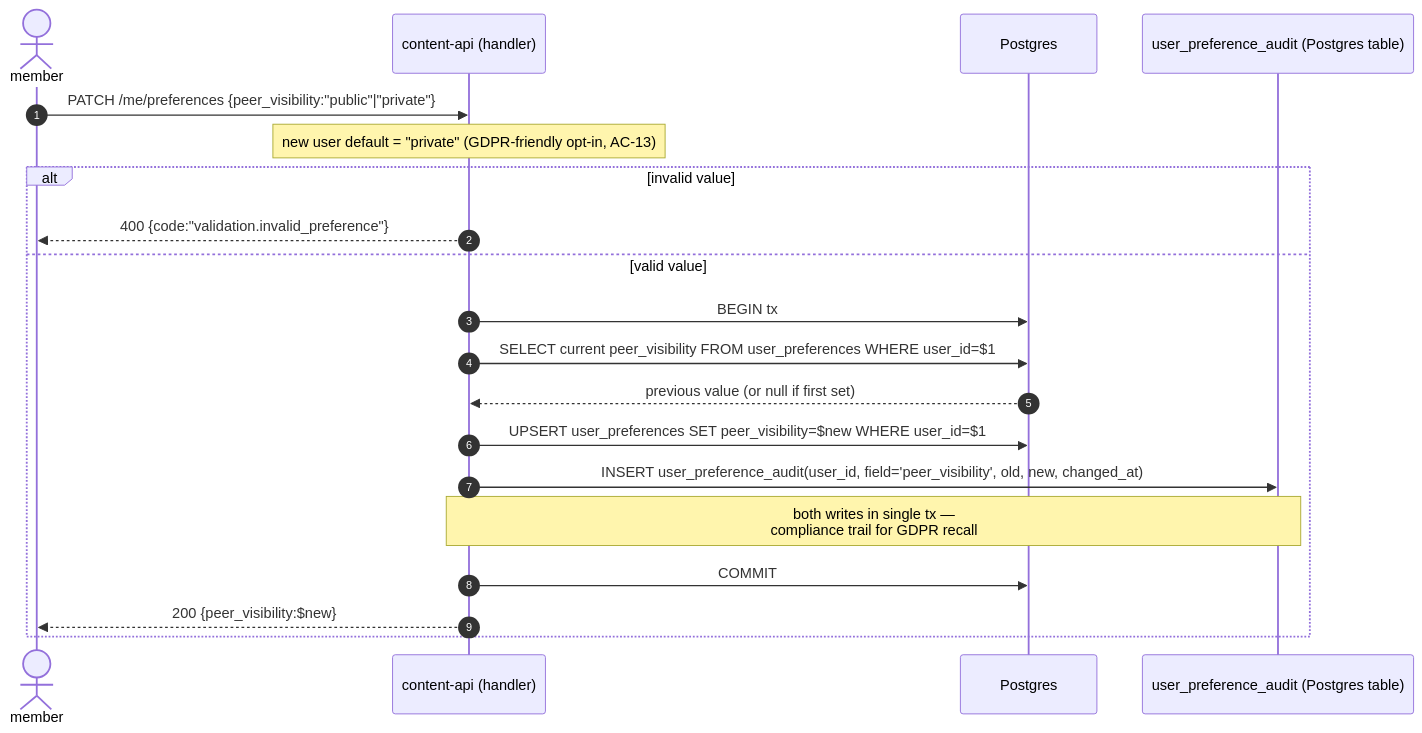
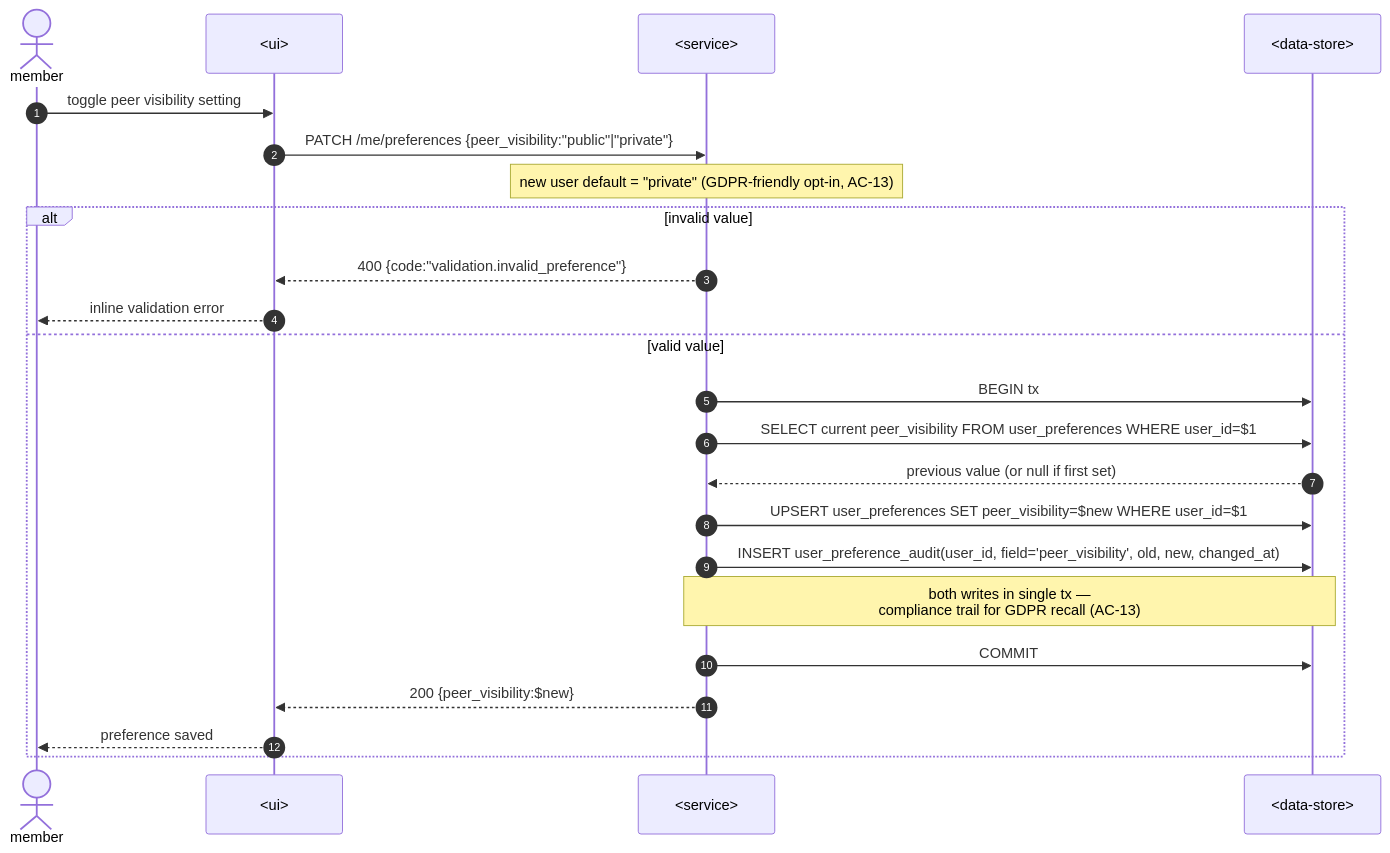
One commit to genkovich/agentic-engineering-course-public changed the ninth of 13 diagrams in modules/6-sdlc/sdlc/examples/course-lesson-mvp/sad.md. Above: the diagram before and after it, drawn with Mermaid. The commit also changed other lines of this file and 139 other files, not shown here.

First line of the commit message:
sdlc: синк плагіна до v4.5.1 (21 skill, agents, map-architecture)

````diff
--- a/modules/6-sdlc/sdlc/examples/course-lesson-mvp/sad.md
+++ b/modules/6-sdlc/sdlc/examples/course-lesson-mvp/sad.md
@@ -377,24 +421,26 @@
 ```mermaid
 sequenceDiagram
     autonumber
     actor U as member
-    participant API as content-api (handler)
-    participant DB as Postgres
-    participant AUD as user_preference_audit (Postgres table)
+    participant UI as <ui>
+    participant SVC as <service>
+    participant DS as <data-store>
 
-    %% TODO: align with openapi.yaml — PATCH /me/preferences not yet in contract
-    U->>API: PATCH /me/preferences {peer_visibility:"public"|"private"}
-    Note over API: new user default = "private" (GDPR-friendly opt-in, AC-13)
+    U->>UI: toggle peer visibility setting
+    UI->>SVC: PATCH /me/preferences {peer_visibility:"public"|"private"}
+    Note over SVC: new user default = "private" (GDPR-friendly opt-in, AC-13)
     alt invalid value
-        API-->>U: 400 {code:"validation.invalid_preference"}
+        SVC-->>UI: 400 {code:"validation.invalid_preference"}
+        UI-->>U: inline validation error
     else valid value
-        API->>DB: BEGIN tx
-        API->>DB: SELECT current peer_visibility FROM user_preferences WHERE user_id=$1
-        DB-->>API: previous value (or null if first set)
-        API->>DB: UPSERT user_preferences SET peer_visibility=$new WHERE user_id=$1
-        API->>AUD: INSERT user_preference_audit(user_id, field='peer_visibility', old, new, changed_at)
-        Note over API, AUD: both writes in single tx —<br/>compliance trail for GDPR recall
-        API->>DB: COMMIT
-        API-->>U: 200 {peer_visibility:$new}
+        SVC->>DS: BEGIN tx
+        SVC->>DS: SELECT current peer_visibility FROM user_preferences WHERE user_id=$1
+        DS-->>SVC: previous value (or null if first set)
+        SVC->>DS: UPSERT user_preferences SET peer_visibility=$new WHERE user_id=$1
+        SVC->>DS: INSERT user_preference_audit(user_id, field='peer_visibility', old, new, changed_at)
+        Note over SVC, DS: both writes in single tx —<br/>compliance trail for GDPR recall (AC-13)
+        SVC->>DS: COMMIT
+        SVC-->>UI: 200 {peer_visibility:$new}
+        UI-->>U: preference saved
     end
 ```
````
